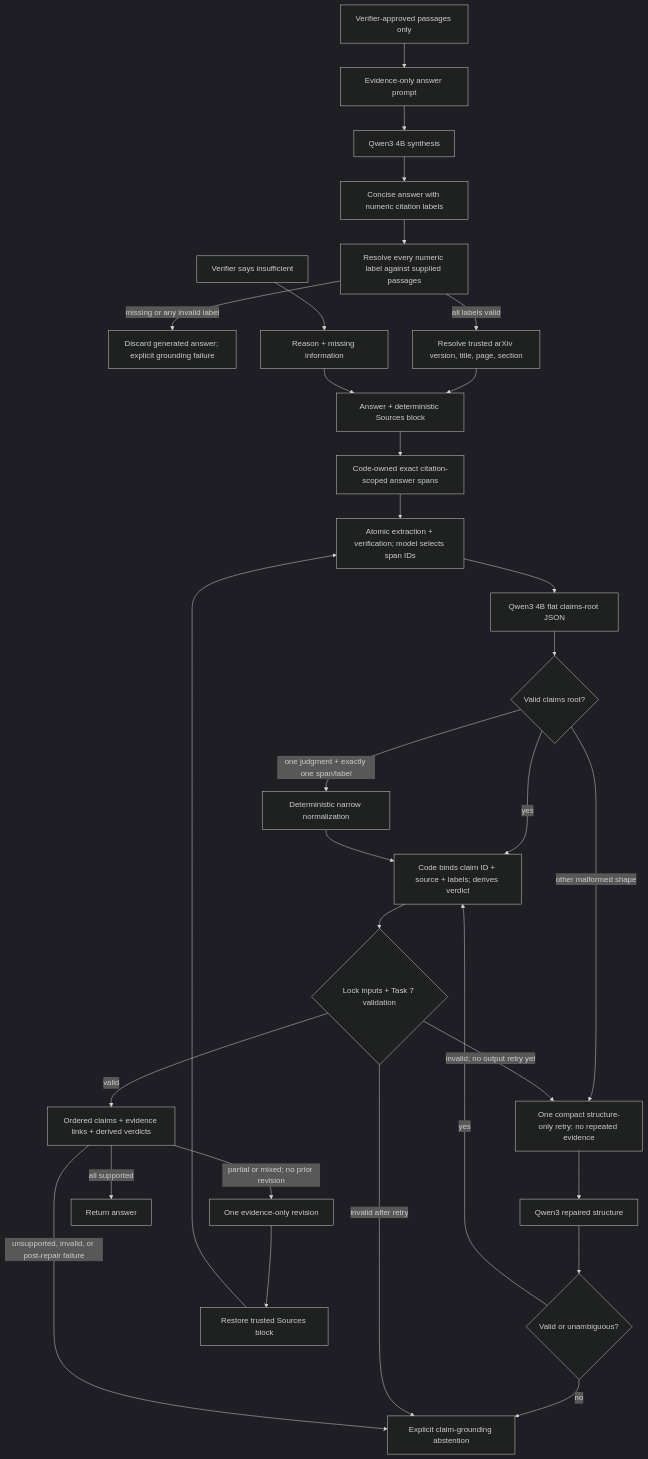
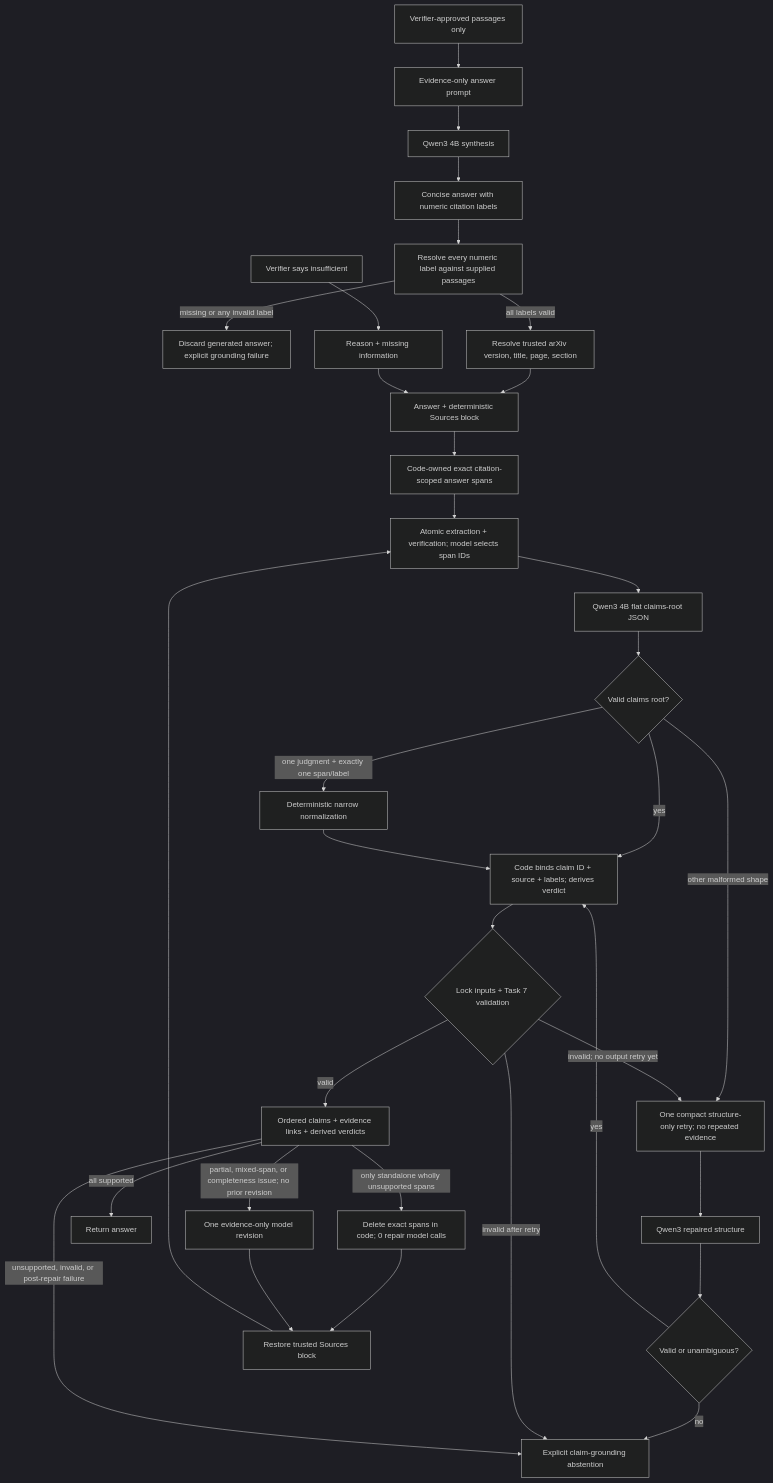
The eighth of 11 diagrams in docs/SYSTEM_VISUALIZATION.md (TQC0103/scientific-research-agent), drawn with Mermaid (dark theme) before and after one commit. The commit also changed other lines of this file and 16 other files, not shown here.

````diff
--- a/docs/SYSTEM_VISUALIZATION.md
+++ b/docs/SYSTEM_VISUALIZATION.md
@@ -234,35 +239,37 @@
 ```mermaid
 flowchart TD
     VERIFIED["Verifier-approved passages only"] --> PROMPT["Evidence-only answer prompt"]
     PROMPT --> QWEN["Qwen3 4B synthesis"]
     QWEN --> RAW["Concise answer with numeric citation labels"]
     RAW --> PARSE["Resolve every numeric label against supplied passages"]
     PARSE -->|"missing or any invalid label"| CITEFAIL["Discard generated answer; explicit grounding failure"]
     PARSE -->|"all labels valid"| METADATA["Resolve trusted arXiv version, title, page, section"]
     METADATA --> FINAL["Answer + deterministic Sources block"]
 
     INSUFFICIENT["Verifier says insufficient"] --> ABSTAIN["Reason + missing information"]
     ABSTAIN --> FINAL
 
     FINAL --> SPANS["Code-owned exact citation-scoped answer spans"]
     SPANS --> CLAIMPROMPT["Atomic extraction + verification; model selects span IDs"]
     CLAIMPROMPT --> CLAIMQWEN["Qwen3 4B flat claims-root JSON"]
     CLAIMQWEN --> ROOT{"Valid claims root?"}
     ROOT -->|"yes"| BIND["Code binds claim ID + source + labels; derives verdict"]
     ROOT -->|"one judgment + exactly one span/label"| NORMALIZE["Deterministic narrow normalization"]
     NORMALIZE --> BIND
     ROOT -->|"other malformed shape"| FORMATRETRY
     BIND --> CLAIMGUARD{"Lock inputs + Task 7 validation"}
     CLAIMGUARD -->|"valid"| CLAIMBUNDLE["Ordered claims + evidence links + derived verdicts"]
     CLAIMGUARD -->|"invalid; no output retry yet"| FORMATRETRY["One compact structure-only retry; no repeated evidence"]
     FORMATRETRY --> REPAIRED["Qwen3 repaired structure"]
     REPAIRED --> RECHECK{"Valid or unambiguous?"}
     RECHECK -->|"yes"| BIND
     RECHECK -->|"no"| CLAIMFAIL
     CLAIMGUARD -->|"invalid after retry"| CLAIMFAIL["Explicit claim-grounding abstention"]
     CLAIMBUNDLE -->|"all supported"| VERIFIED_FINAL["Return answer"]
-    CLAIMBUNDLE -->|"partial or mixed; no prior revision"| REPAIR["One evidence-only revision"]
+    CLAIMBUNDLE -->|"only standalone wholly unsupported spans"| PRUNE["Delete exact spans in code; 0 repair model calls"]
+    CLAIMBUNDLE -->|"partial, mixed-span, or completeness issue; no prior revision"| REPAIR["One evidence-only model revision"]
+    PRUNE --> SOURCES
     REPAIR --> SOURCES["Restore trusted Sources block"]
     SOURCES --> CLAIMPROMPT
     CLAIMBUNDLE -->|"unsupported, invalid, or post-repair failure"| CLAIMFAIL["Explicit claim-grounding abstention"]
 ```
````
